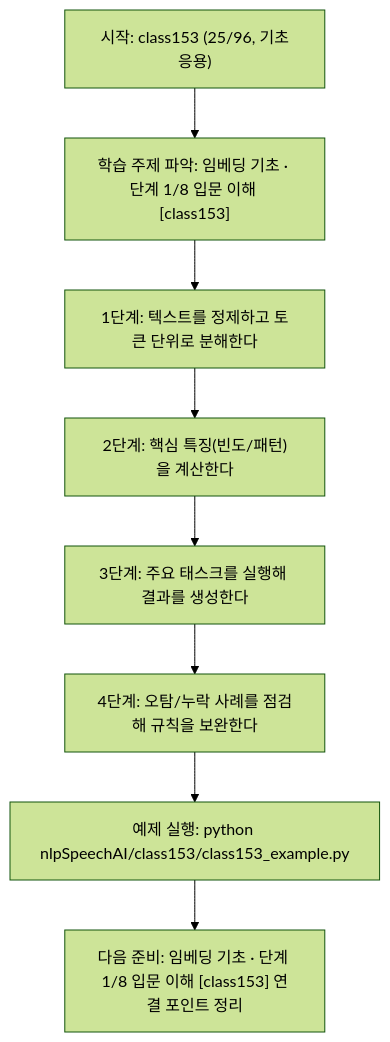
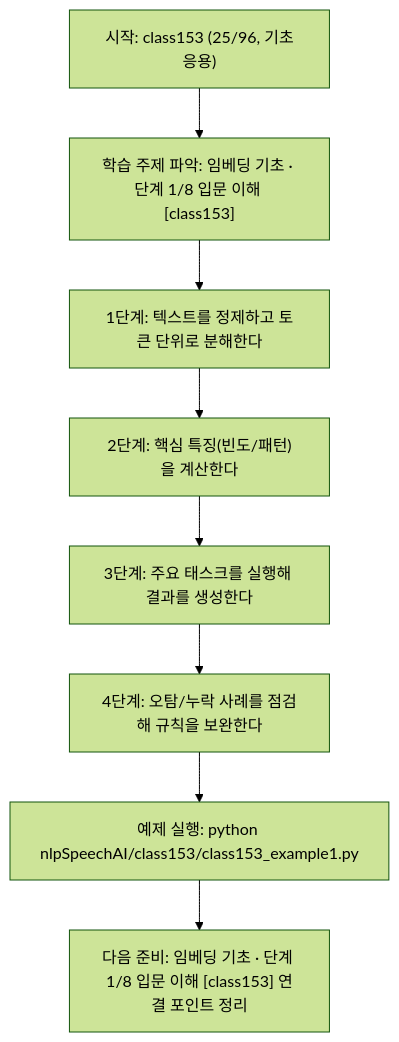
Before and after one commit to edumgt/Python-AI_Agent-Class: the diagram in nlpSpeechAI/class153/class153.md, drawn with Mermaid (forest theme). The commit also changed other lines of this file and 2959 other files, not shown here.

````diff
--- a/nlpSpeechAI/class153/class153.md
+++ b/nlpSpeechAI/class153/class153.md
@@ -113,18 +113,18 @@
 ```mermaid
 flowchart TD
 N1["시작: class153 (25/96, 기초응용)"]
 N2["학습 주제 파악: 임베딩 기초 · 단계 1/8 입문 이해 [class153]"]
 N3["1단계: 텍스트를 정제하고 토큰 단위로 분해한다"]
 N4["2단계: 핵심 특징(빈도/패턴)을 계산한다"]
 N5["3단계: 주요 태스크를 실행해 결과를 생성한다"]
 N6["4단계: 오탐/누락 사례를 점검해 규칙을 보완한다"]
-N7["예제 실행: python nlpSpeechAI/class153/class153_example.py"]
+N7["예제 실행: python nlpSpeechAI/class153/class153_example1.py"]
 N8["다음 준비: 임베딩 기초 · 단계 1/8 입문 이해 [class153] 연결 포인트 정리"]
 N1 --> N2
 N2 --> N3
 N3 --> N4
 N4 --> N5
 N5 --> N6
 N6 --> N7
 N7 --> N8
 ```
````
